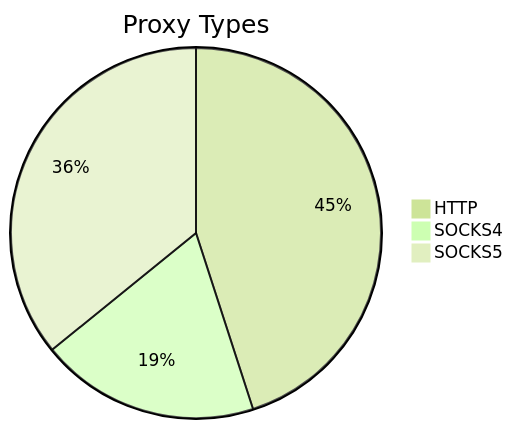
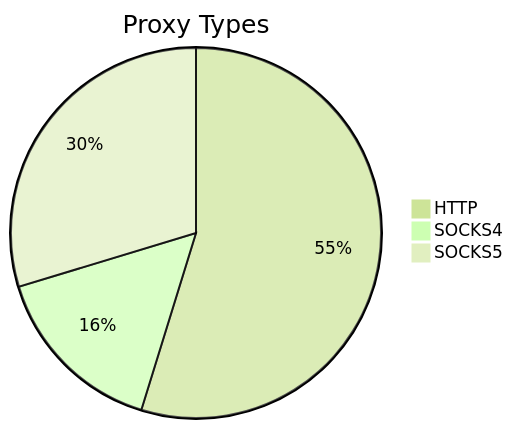
The first of 2 diagrams in README.md (stormsia/proxy-list), drawn with Mermaid (forest theme) before and after one commit. The commit also changed other lines of this file, not shown here.

````diff
--- a/README.md
+++ b/README.md
@@ -21,6 +21,6 @@
 ```mermaid
 pie title Proxy Types
-    "HTTP" : 167
-    "SOCKS4" : 71
-    "SOCKS5" : 133
+    "HTTP" : 155
+    "SOCKS4" : 44
+    "SOCKS5" : 84
 ```
````
